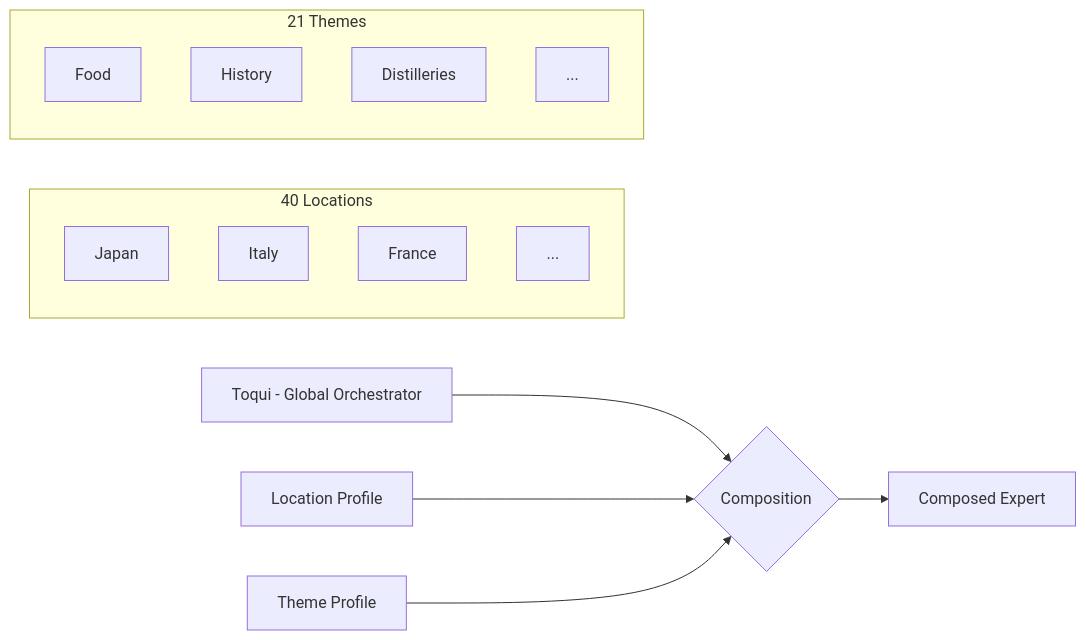
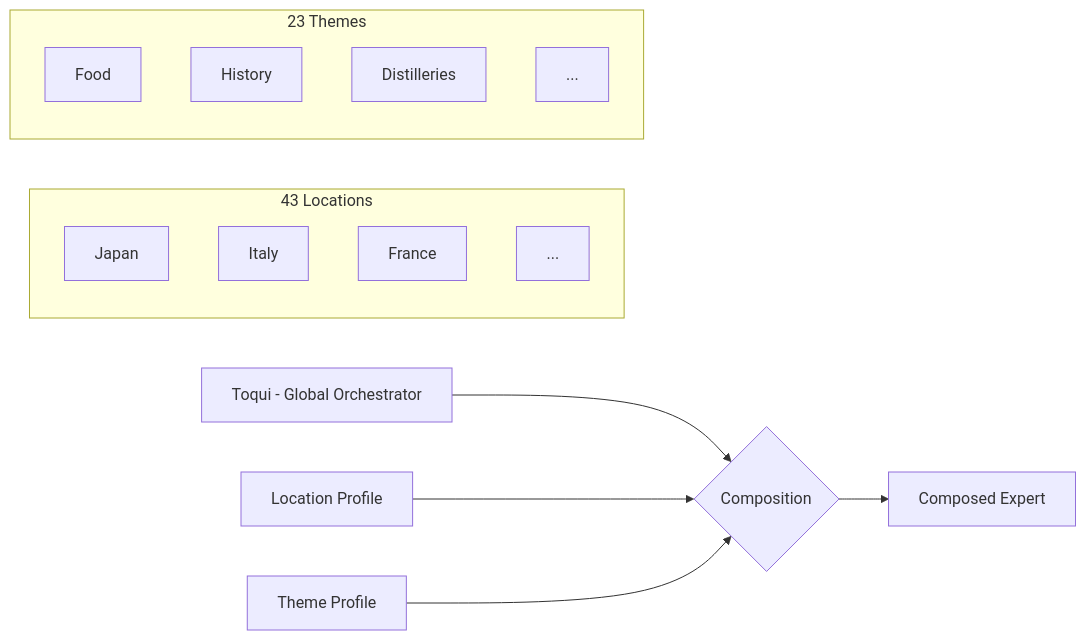
The third of 3 diagrams in CLAUDE.md (gallowaysoftware/toqui), drawn with Mermaid before and after one commit. The commit also changed other lines of this file and 2 other files, not shown here.

First line of the commit message:
feat: add TW, NO, LK locations and sustainability, road-trip themes (#268) (#304)

````diff
--- a/CLAUDE.md
+++ b/CLAUDE.md
@@ -301,21 +301,21 @@
 ```mermaid
 graph LR
     T[Toqui - Global Orchestrator] --> C{Composition}
     L[Location Profile] --> C
     TH[Theme Profile] --> C
     C --> E[Composed Expert]
 
-    subgraph "40 Locations"
+    subgraph "43 Locations"
         L1[Japan]
         L2[Italy]
         L3[France]
         L4[...]
     end
 
-    subgraph "21 Themes"
+    subgraph "23 Themes"
         TH1[Food]
         TH2[History]
         TH3[Distilleries]
         TH4[...]
     end
 ```
````
